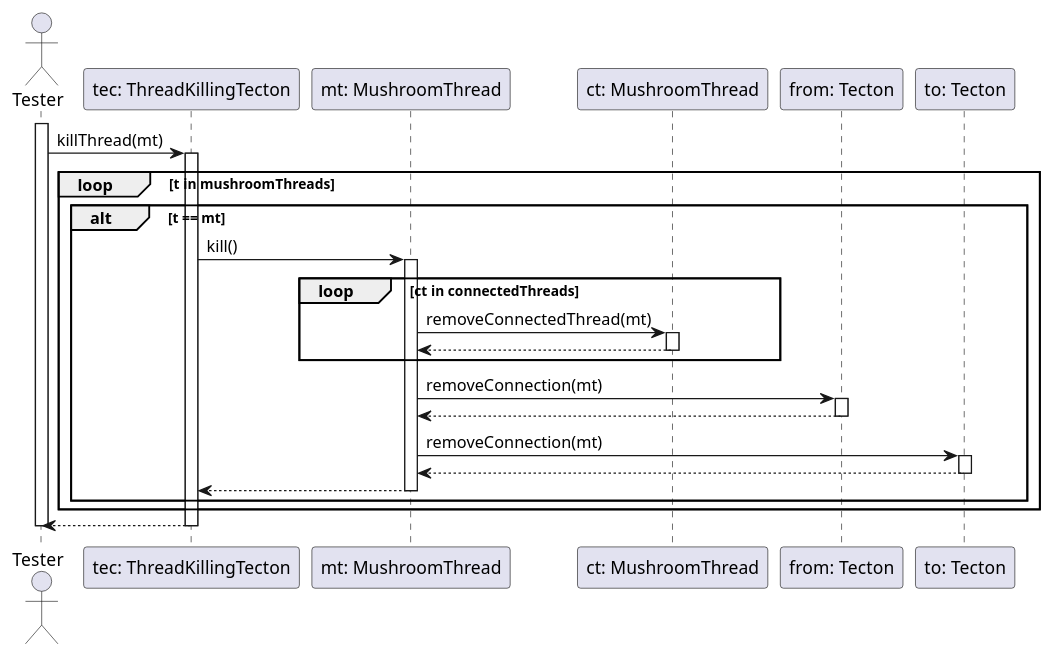
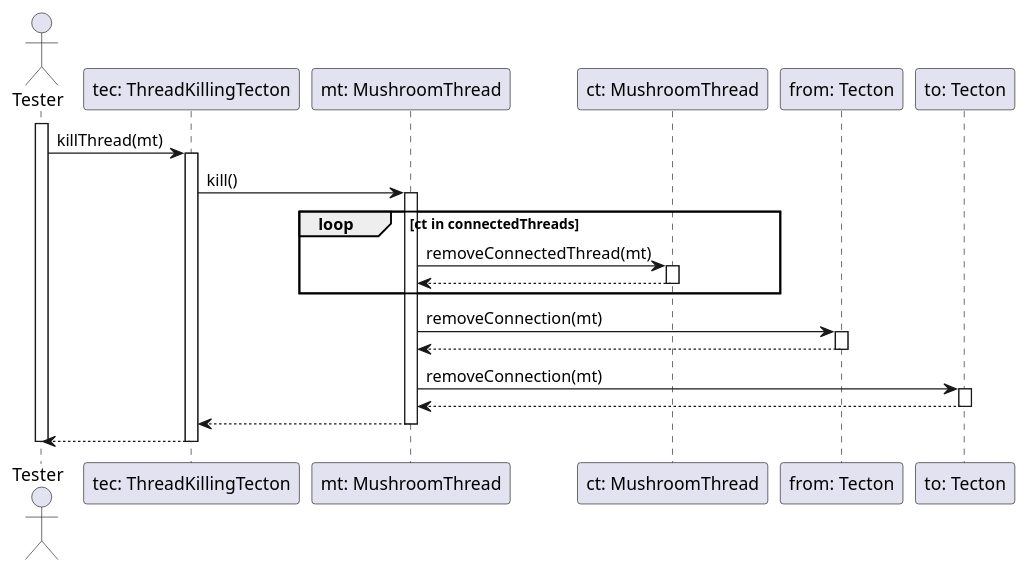
One commit to dzsem/projlab changed the diagram in diagrams/test-sequence/threadKillingTectonKillThread.puml. Above: the diagram before and after it, drawn with PlantUML.

Commit message:
fixed ThreadKillingTecton test sequence diagram

```diff
--- a/diagrams/test-sequence/threadKillingTectonKillThread.puml
+++ b/diagrams/test-sequence/threadKillingTectonKillThread.puml
@@ -1,50 +1,46 @@
 @startuml threadKillingTectonKillThreadTest
 
 actor "Tester" as tst
 participant "tec: ThreadKillingTecton" as tec
 participant "mt: MushroomThread" as mt
 participant "ct: MushroomThread" as ct
 participant "from: Tecton" as from
 participant "to: Tecton" as to
 
 activate tst
 
 tst -> tec: killThread(mt)
 activate tec
 
-loop t in mushroomThreads
-    alt t == mt
-        tec -> mt: kill()
-        activate mt
+tec -> mt: kill()
+activate mt
 
-        loop ct in connectedThreads
-            mt -> ct: removeConnectedThread(mt)
-            activate ct
+loop ct in connectedThreads
+    mt -> ct: removeConnectedThread(mt)
+    activate ct
 
-            mt <-- ct
-            deactivate ct
-        end
+    mt <-- ct
+    deactivate ct
+end
 
-        mt -> from: removeConnection(mt)
-        activate from
+mt -> from: removeConnection(mt)
+activate from
 
-        mt <-- from
-        deactivate from
+mt <-- from
+deactivate from
 
-        mt -> to: removeConnection(mt)
-        activate to
+mt -> to: removeConnection(mt)
+activate to
 
-        mt <-- to
-        deactivate to
+mt <-- to
+deactivate to
 
-        tec <-- mt
-        deactivate mt
-    end
-end
+tec <-- mt
+deactivate mt
 
 tst <-- tec
 deactivate tec
 
 deactivate tst
 
 @enduml
```
